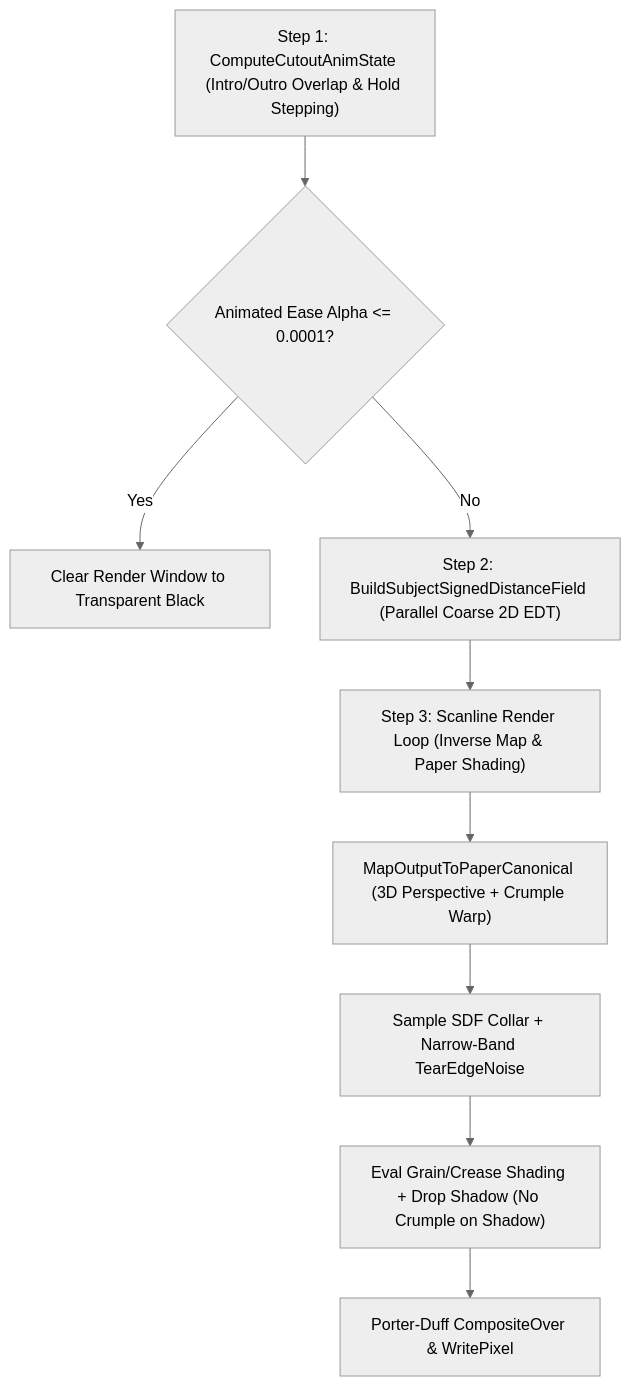
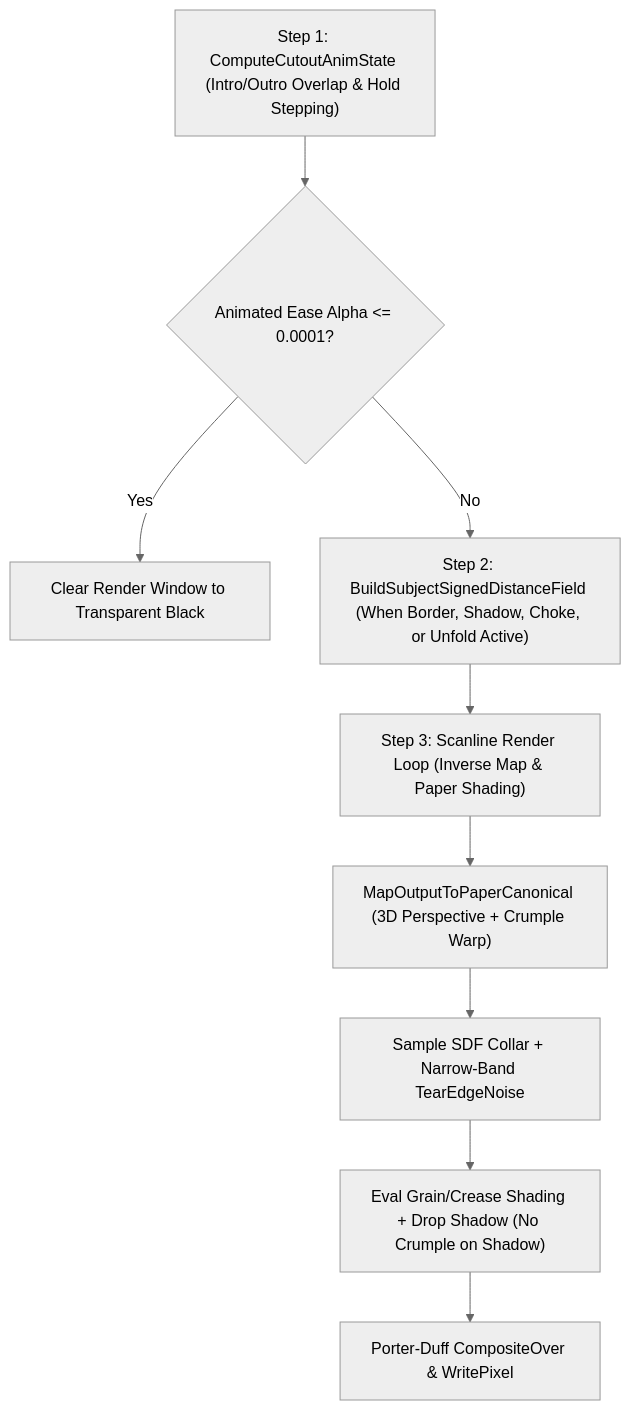
The second of 3 diagrams in docs/design_doc.md (la-matatena/mttn-papercraft-studio), drawn with Mermaid (neutral theme) before and after one commit. The commit also changed other lines of this file and 8 other files, not shown here.

````diff
--- a/docs/design_doc.md
+++ b/docs/design_doc.md
@@ -101,11 +101,11 @@
 ```mermaid
 flowchart TD
   A["Step 1: ComputeCutoutAnimState (Intro/Outro Overlap & Hold Stepping)"] --> B{"Animated Ease Alpha <= 0.0001?"}
   B -- Yes --> C["Clear Render Window to Transparent Black"]
-  B -- No --> D["Step 2: BuildSubjectSignedDistanceField (Parallel Coarse 2D EDT)"]
+  B -- No --> D["Step 2: BuildSubjectSignedDistanceField (When Border, Shadow, Choke, or Unfold Active)"]
   D --> E["Step 3: Scanline Render Loop (Inverse Map & Paper Shading)"]
   E --> F["MapOutputToPaperCanonical (3D Perspective + Crumple Warp)"]
   F --> G["Sample SDF Collar + Narrow-Band TearEdgeNoise"]
   G --> H["Eval Grain/Crease Shading + Drop Shadow (No Crumple on Shadow)"]
   H --> I["Porter-Duff CompositeOver & WritePixel"]
 ```
````
